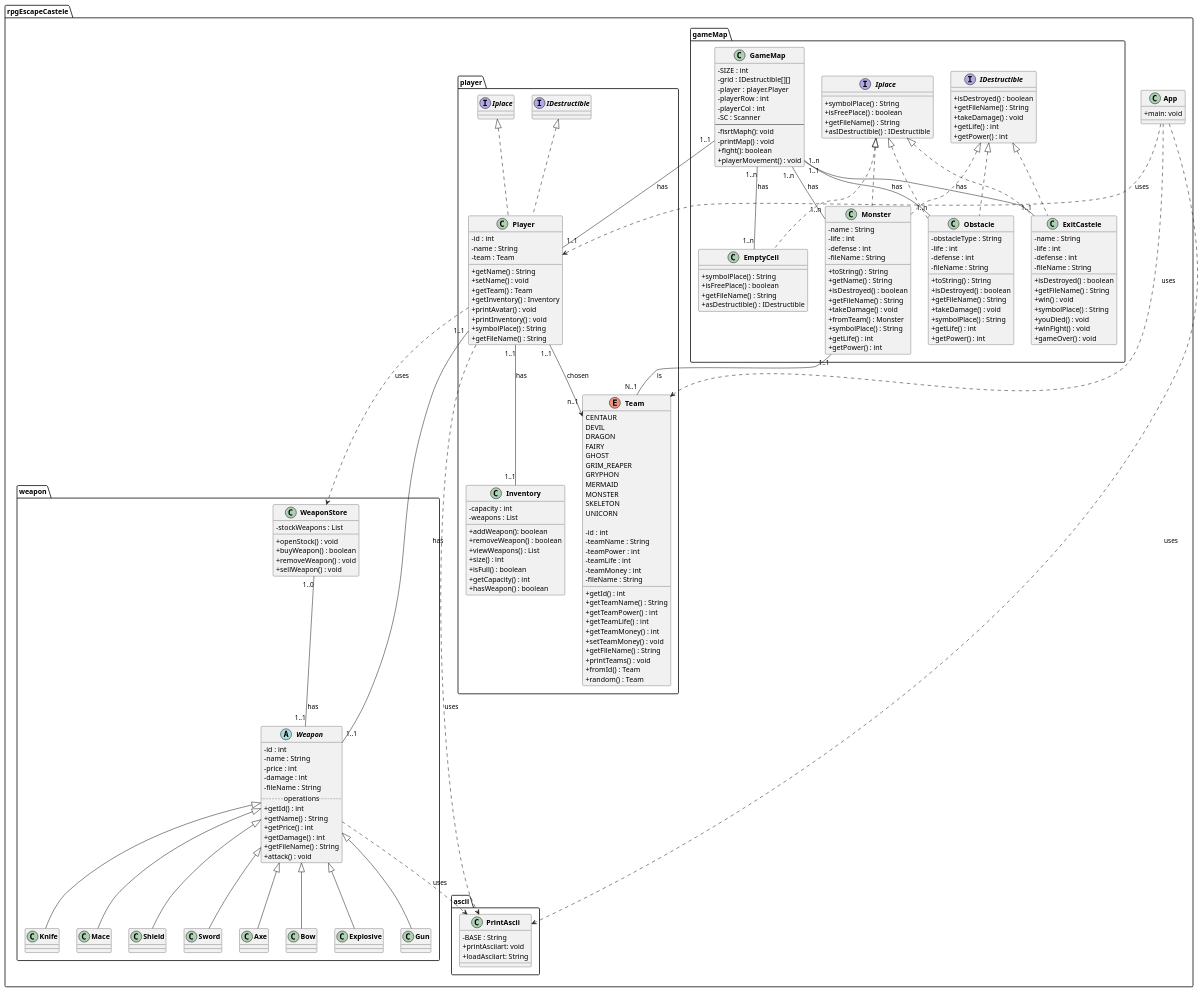
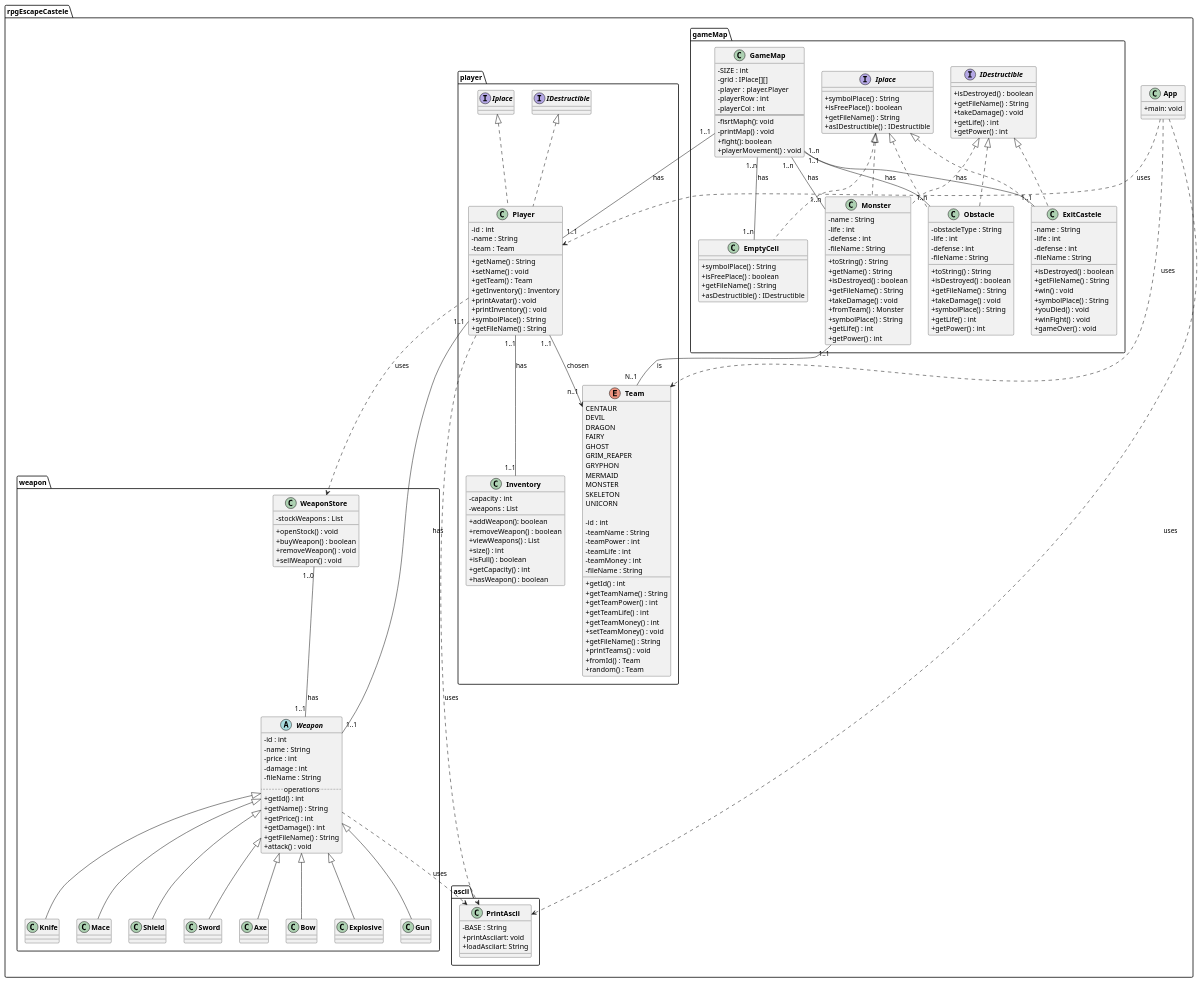
One commit to edusilvaramos/EscapeCastel changed the diagram in diagram.puml. Above: the diagram before and after it, drawn with PlantUML.

```diff
--- a/diagram.puml
+++ b/diagram.puml
@@ -122,11 +122,10 @@
 
         class GameMap {
             - SIZE : int
-            - grid : IDestructible[][]
+            - grid : IPlace[][]
             - player : player.Player
             - playerRow : int
             - playerCol : int
-            - SC : Scanner
             --
             - fisrtMaph(): void
             - printMap() : void
```
